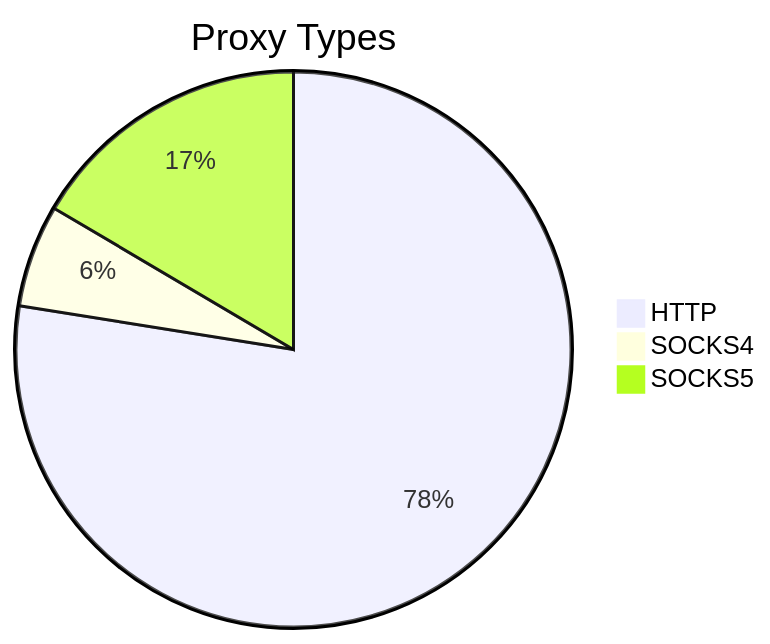
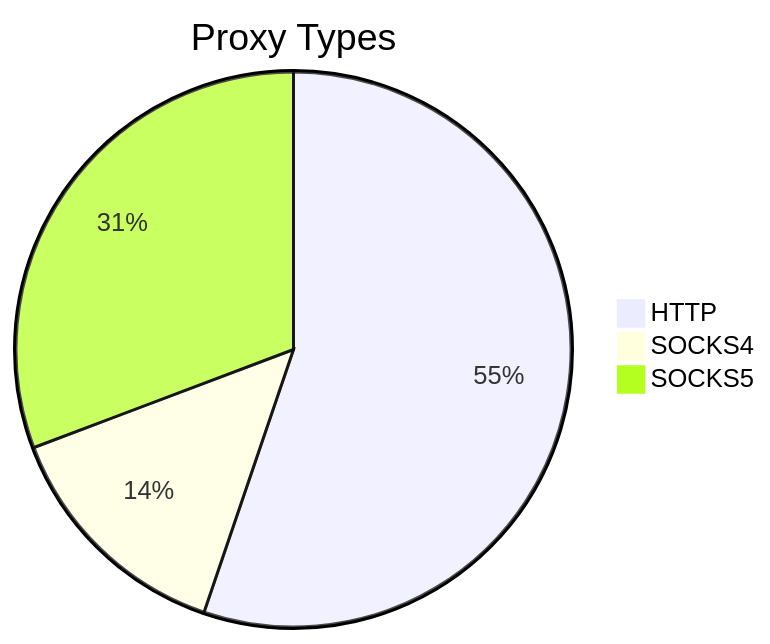
One commit to stormsia/proxy-list changed the first of 2 diagrams in README.md. Above: the diagram before and after it, drawn with Mermaid. The commit also changed other lines of this file, not shown here.

````diff
--- a/README.md
+++ b/README.md
@@ -21,6 +21,6 @@
 ```mermaid
 pie title Proxy Types
-    "HTTP" : 169
-    "SOCKS4" : 13
-    "SOCKS5" : 36
+    "HTTP" : 185
+    "SOCKS4" : 47
+    "SOCKS5" : 103
 ```
````
